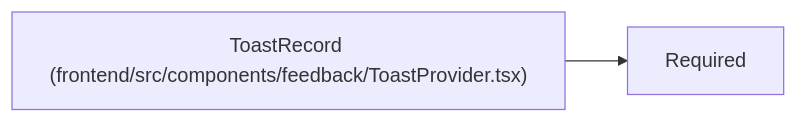
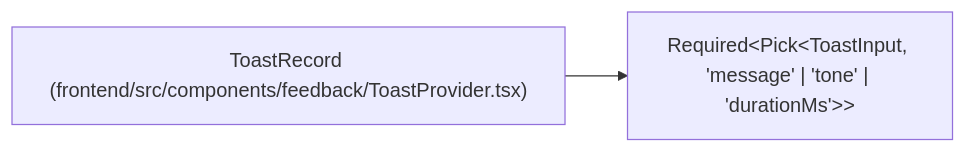
Before and after one commit to Denissvgn/WorkChord: the diagram in docs/llm_wiki/entities/ToastRecord.md, drawn with Mermaid. The commit also changed other lines of this file and 25171 other files, not shown here.

````diff
--- a/docs/llm_wiki/entities/ToastRecord.md
+++ b/docs/llm_wiki/entities/ToastRecord.md
@@ -29,7 +29,7 @@
 ```mermaid
 flowchart LR
     n0["ToastRecord (frontend/src/components/feedback/ToastProvider.tsx)"]
-    n1["Required"]
+    n1["Required#60;Pick#60;ToastInput, 'message' | 'tone' | 'durationMs'#62;#62;"]
     n0 --> n1
     click n0 "../modules/ToastProvider.md"
 ```
````
